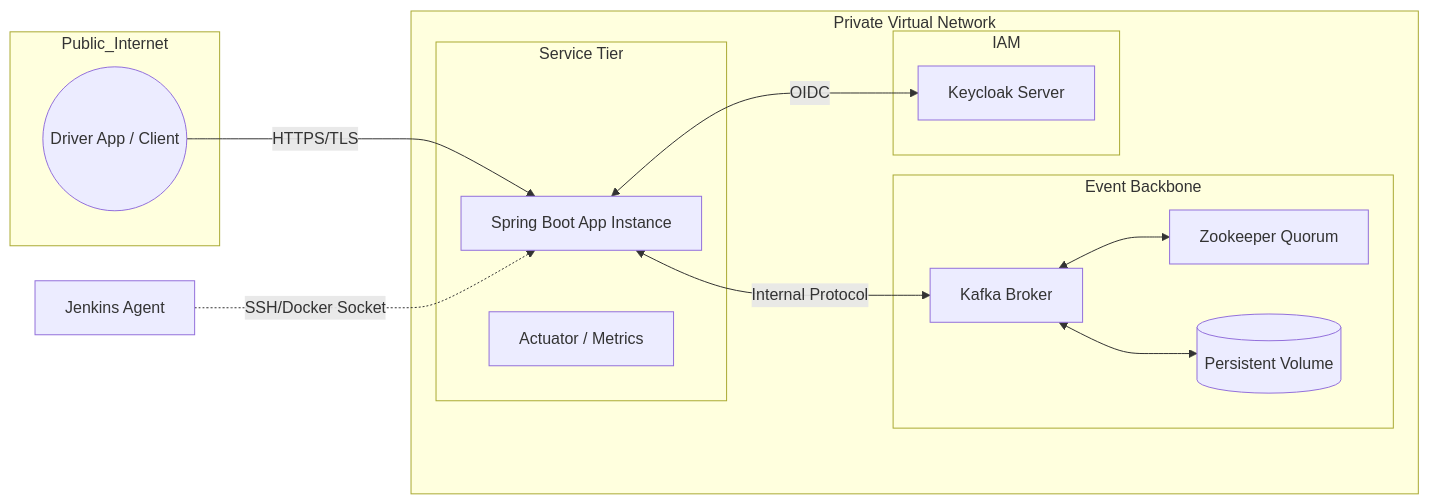
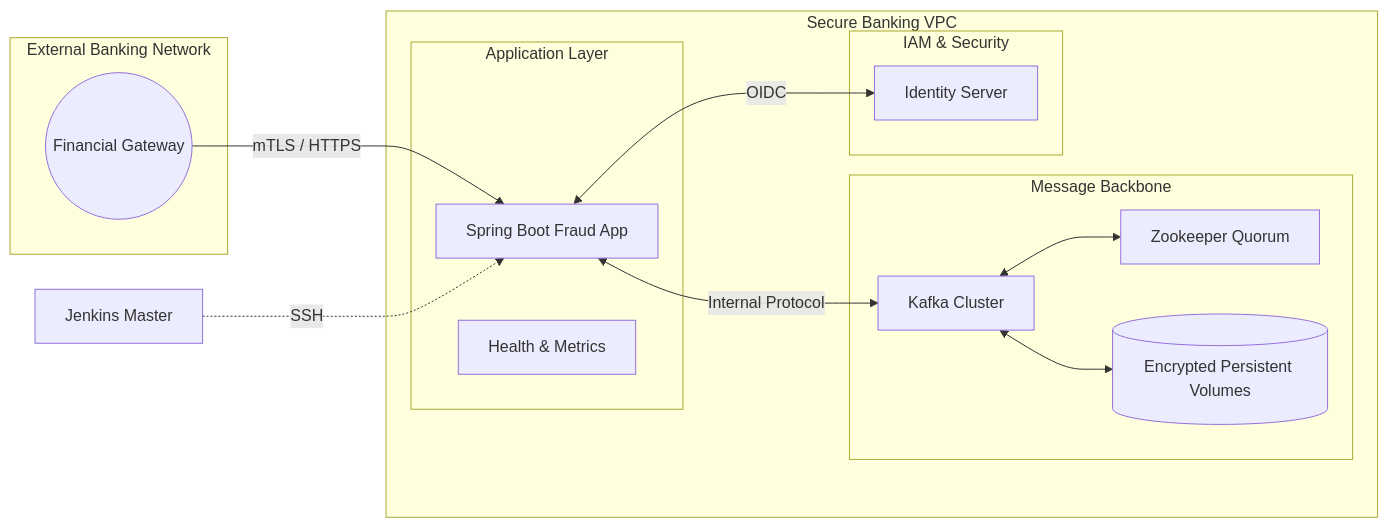
The second of 2 diagrams in README.md (albertoraaz/fraud-detection-system), drawn with Mermaid before and after one commit. The commit also changed other lines of this file, not shown here.

Commit message:
Readme.md file updated

````diff
--- a/README.md
+++ b/README.md
@@ -57,27 +57,27 @@
 ```mermaid
 graph LR
-    subgraph Public_Internet
-        Client((Driver App / Client))
+    subgraph External_Network [External Banking Network]
+        GW((Financial Gateway))
     end
 
-    subgraph VPC_Private_Network [Private Virtual Network]
-        subgraph App_Cluster [Service Tier]
-            App[Spring Boot App Instance]
-            Actuator[Actuator / Metrics]
+    subgraph Internal_VPC [Secure Banking VPC]
+        subgraph Service_Tier [Application Layer]
+            App[Spring Boot Fraud App]
+            Actuator[Health & Metrics]
         end
 
-        subgraph Middleware_Cluster [Event Backbone]
-            K1[Kafka Broker] <--> Z[Zookeeper Quorum]
-            K1 <--> Storage[(Persistent Volume)]
+        subgraph Middleware_Tier [Message Backbone]
+            K1[Kafka Cluster] <--> Z[Zookeeper Quorum]
+            K1 <--> Storage[(Encrypted Persistent Volumes)]
         end
 
-        subgraph Identity_Tier [IAM]
-            KC[Keycloak Server]
+        subgraph Security_Tier [IAM & Security]
+            KC[Identity Server]
         end
     end
 
-    Client -->|HTTPS/TLS| App
+    GW -->|mTLS / HTTPS| App
     App <-->|Internal Protocol| K1
     App <-->|OIDC| KC
-    Jenk[Jenkins Agent] -.->|SSH/Docker Socket| App
+    Jenk[Jenkins Master] -.->|SSH| App
 ```
````
